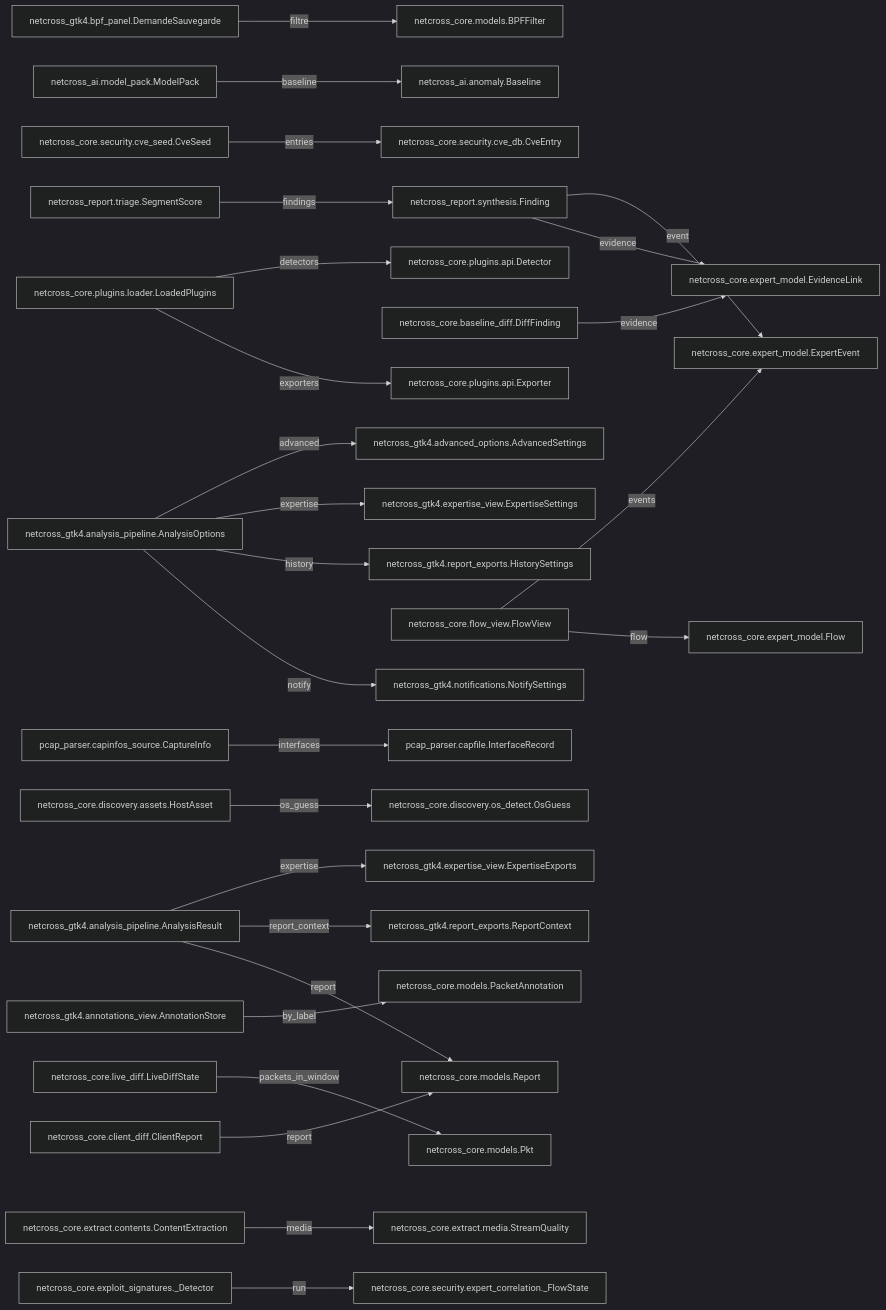
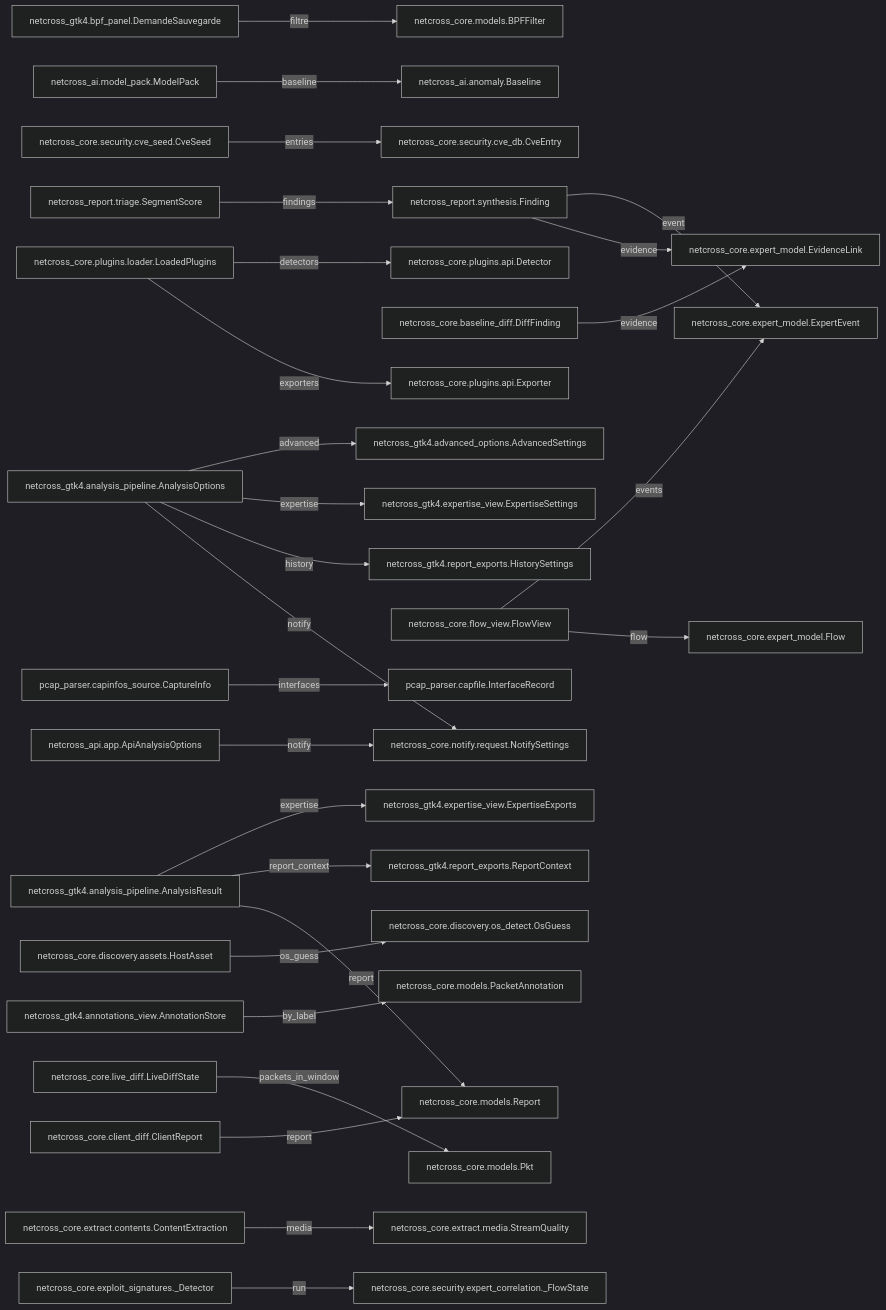
Before and after one commit to Mathide-Team/Netcross: the second of 19 diagrams in docs/class-diagram.md, drawn with Mermaid (dark theme). The commit also changed other lines of this file and 9 other files, not shown here.

First line of the commit message:
feat(#875): notifications dans l'API (notify_on, notify_webhook, notify_slack, notify_email, notify_detail) (#881)

````diff
--- a/docs/class-diagram.md
+++ b/docs/class-diagram.md
@@ -57,66 +57,68 @@
 ```mermaid
 flowchart LR
     AdvancedSettings["netcross_gtk4.advanced_options.AdvancedSettings"]
     AnalysisOptions["netcross_gtk4.analysis_pipeline.AnalysisOptions"]
     AnalysisResult["netcross_gtk4.analysis_pipeline.AnalysisResult"]
     AnnotationStore["netcross_gtk4.annotations_view.AnnotationStore"]
+    ApiAnalysisOptions["netcross_api.app.ApiAnalysisOptions"]
     BPFFilter["netcross_core.models.BPFFilter"]
     Baseline["netcross_ai.anomaly.Baseline"]
     CaptureInfo["pcap_parser.capinfos_source.CaptureInfo"]
     ClientReport["netcross_core.client_diff.ClientReport"]
     ContentExtraction["netcross_core.extract.contents.ContentExtraction"]
     CveEntry["netcross_core.security.cve_db.CveEntry"]
     CveSeed["netcross_core.security.cve_seed.CveSeed"]
     DemandeSauvegarde["netcross_gtk4.bpf_panel.DemandeSauvegarde"]
     Detector["netcross_core.plugins.api.Detector"]
     DiffFinding["netcross_core.baseline_diff.DiffFinding"]
     EvidenceLink["netcross_core.expert_model.EvidenceLink"]
     ExpertEvent["netcross_core.expert_model.ExpertEvent"]
     ExpertiseExports["netcross_gtk4.expertise_view.ExpertiseExports"]
     ExpertiseSettings["netcross_gtk4.expertise_view.ExpertiseSettings"]
     Exporter["netcross_core.plugins.api.Exporter"]
     Finding["netcross_report.synthesis.Finding"]
     FlowView["netcross_core.flow_view.FlowView"]
     Flow["netcross_core.expert_model.Flow"]
     HistorySettings["netcross_gtk4.report_exports.HistorySettings"]
     HostAsset["netcross_core.discovery.assets.HostAsset"]
     InterfaceRecord["pcap_parser.capfile.InterfaceRecord"]
     LiveDiffState["netcross_core.live_diff.LiveDiffState"]
     LoadedPlugins["netcross_core.plugins.loader.LoadedPlugins"]
     ModelPack["netcross_ai.model_pack.ModelPack"]
-    NotifySettings["netcross_gtk4.notifications.NotifySettings"]
+    NotifySettings["netcross_core.notify.request.NotifySettings"]
     OsGuess["netcross_core.discovery.os_detect.OsGuess"]
     PacketAnnotation["netcross_core.models.PacketAnnotation"]
     Pkt["netcross_core.models.Pkt"]
     ReportContext["netcross_gtk4.report_exports.ReportContext"]
     Report["netcross_core.models.Report"]
     SegmentScore["netcross_report.triage.SegmentScore"]
     StreamQuality["netcross_core.extract.media.StreamQuality"]
     _Detector["netcross_core.exploit_signatures._Detector"]
     netcross_core_security_expert_correlation__FlowState["netcross_core.security.expert_correlation._FlowState"]
     AnalysisOptions -->|advanced| AdvancedSettings
     AnalysisOptions -->|expertise| ExpertiseSettings
     AnalysisOptions -->|history| HistorySettings
     AnalysisOptions -->|notify| NotifySettings
     AnalysisResult -->|expertise| ExpertiseExports
     AnalysisResult -->|report_context| ReportContext
     AnalysisResult -->|report| Report
     AnnotationStore -->|by_label| PacketAnnotation
+    ApiAnalysisOptions -->|notify| NotifySettings
     CaptureInfo -->|interfaces| InterfaceRecord
     ClientReport -->|report| Report
     ContentExtraction -->|media| StreamQuality
     CveSeed -->|entries| CveEntry
     DemandeSauvegarde -->|filtre| BPFFilter
     DiffFinding -->|evidence| EvidenceLink
     Finding -->|event| ExpertEvent
     Finding -->|evidence| EvidenceLink
     FlowView -->|events| ExpertEvent
     FlowView -->|flow| Flow
     HostAsset -->|os_guess| OsGuess
     LiveDiffState -->|packets_in_window| Pkt
     LoadedPlugins -->|detectors| Detector
     LoadedPlugins -->|exporters| Exporter
     ModelPack -->|baseline| Baseline
     SegmentScore -->|findings| Finding
     _Detector -->|run| netcross_core_security_expert_correlation__FlowState
 ```
````
